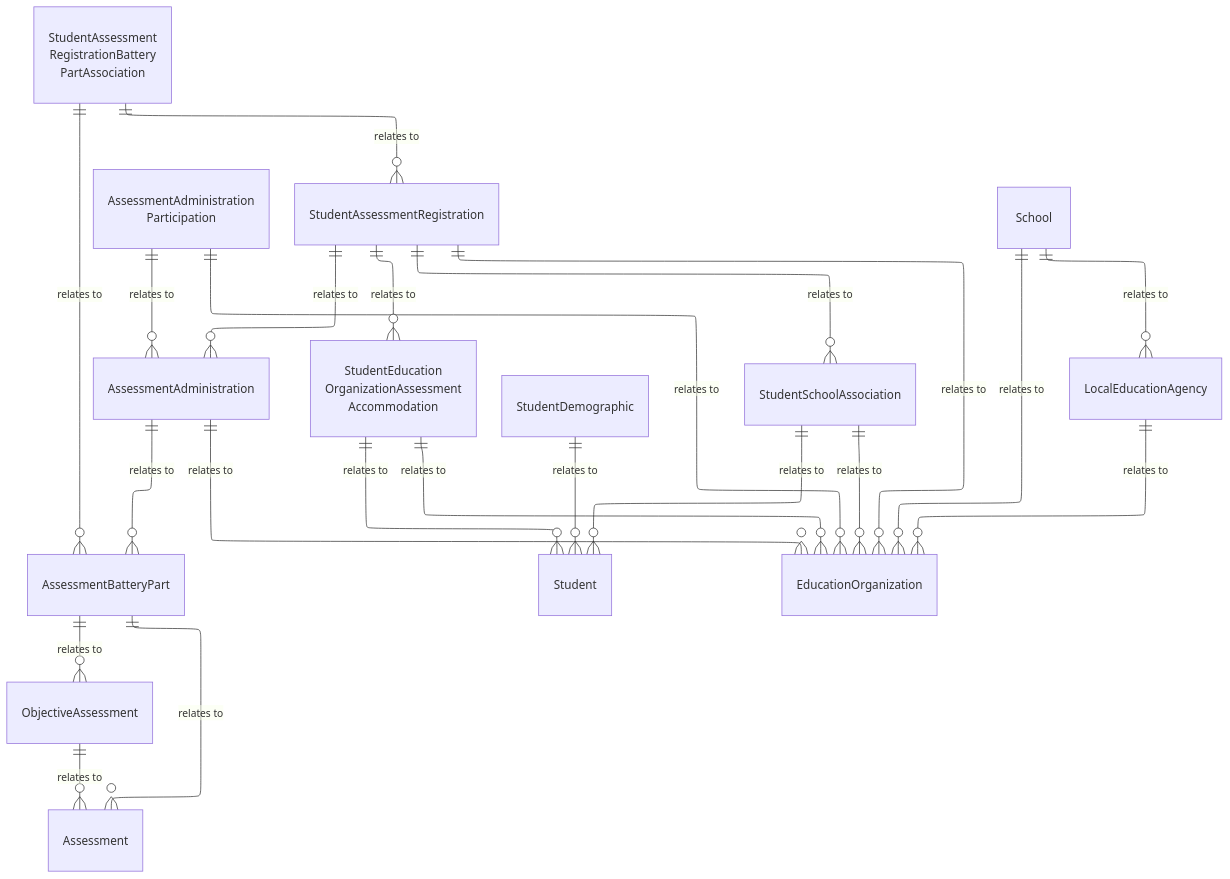
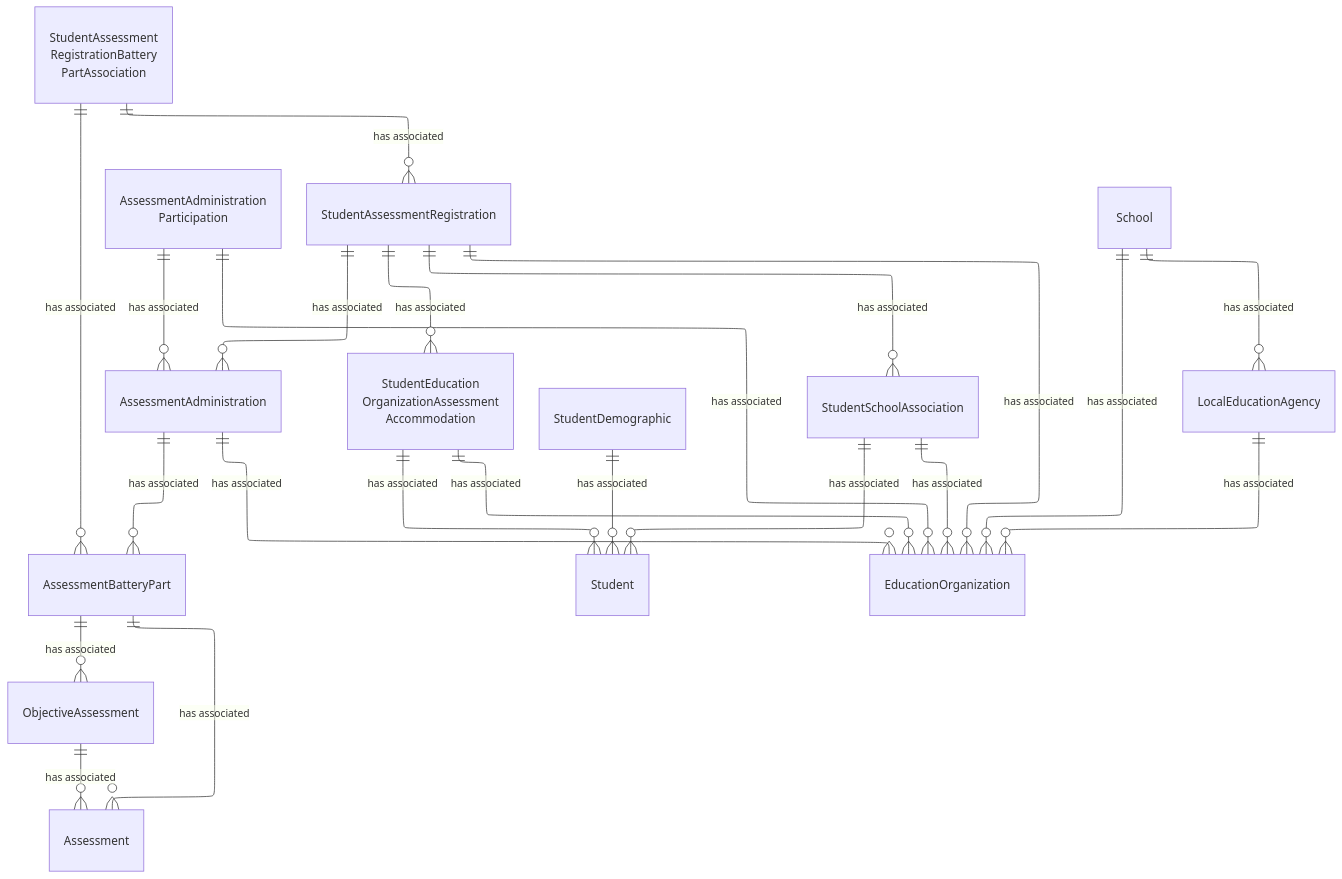
One commit to Ed-Fi-Alliance-OSS/ed-fi-alliance-oss.github.io changed the diagram in dataStandard_versioned_docs/version-6/model-reference/assessment-registration-domain/model-diagrams.md. Above: the diagram before and after it, drawn with Mermaid. The commit also changed 24 other files, not shown here.

````diff
--- a/dataStandard_versioned_docs/version-6/model-reference/assessment-registration-domain/model-diagrams.md
+++ b/dataStandard_versioned_docs/version-6/model-reference/assessment-registration-domain/model-diagrams.md
@@ -11,56 +11,56 @@
 ```mermaid
 ---
 config:
   layout: elk
 ---
 erDiagram
     Assessment {
     }
     AssessmentAdministration {
     }
     AssessmentAdministrationParticipation["AssessmentAdministration<br/>Participation"] {
     }
     AssessmentBatteryPart {
     }
     ObjectiveAssessment {
     }
     StudentAssessmentRegistration {
     }
     StudentAssessmentRegistrationBatteryPartAssociation["StudentAssessment<br/>RegistrationBattery<br/>PartAssociation"] {
     }
     StudentEducationOrganizationAssessmentAccommodation["StudentEducation<br/>OrganizationAssessment<br/>Accommodation"] {
     }
     Student {
     }
     StudentDemographic {
     }
     StudentSchoolAssociation {
     }
     EducationOrganization {
     }
     LocalEducationAgency {
     }
     School {
     }
-    School ||--o{ EducationOrganization : "relates to"
-    School ||--o{ LocalEducationAgency : "relates to"
-    LocalEducationAgency ||--o{ EducationOrganization : "relates to"
-    AssessmentBatteryPart ||--o{ Assessment : "relates to"
-    AssessmentBatteryPart ||--o{ ObjectiveAssessment : "relates to"
-    ObjectiveAssessment ||--o{ Assessment : "relates to"
-    AssessmentAdministration ||--o{ AssessmentBatteryPart : "relates to"
-    AssessmentAdministration ||--o{ EducationOrganization : "relates to"
-    AssessmentAdministrationParticipation ||--o{ AssessmentAdministration : "relates to"
-    AssessmentAdministrationParticipation ||--o{ EducationOrganization : "relates to"
-    StudentAssessmentRegistration ||--o{ AssessmentAdministration : "relates to"
-    StudentAssessmentRegistration ||--o{ StudentSchoolAssociation : "relates to"
-    StudentAssessmentRegistration ||--o{ EducationOrganization : "relates to"
-    StudentAssessmentRegistration ||--o{ StudentEducationOrganizationAssessmentAccommodation : "relates to"
-    StudentAssessmentRegistrationBatteryPartAssociation ||--o{ StudentAssessmentRegistration : "relates to"
-    StudentAssessmentRegistrationBatteryPartAssociation ||--o{ AssessmentBatteryPart : "relates to"
-    StudentEducationOrganizationAssessmentAccommodation ||--o{ Student : "relates to"
-    StudentEducationOrganizationAssessmentAccommodation ||--o{ EducationOrganization : "relates to"
-    StudentSchoolAssociation ||--o{ Student : "relates to"
-    StudentSchoolAssociation ||--o{ EducationOrganization : "relates to"
-    StudentDemographic ||--o{ Student : "relates to"
+    School ||--o{ EducationOrganization : "has associated"
+    School ||--o{ LocalEducationAgency : "has associated"
+    LocalEducationAgency ||--o{ EducationOrganization : "has associated"
+    AssessmentBatteryPart ||--o{ Assessment : "has associated"
+    AssessmentBatteryPart ||--o{ ObjectiveAssessment : "has associated"
+    ObjectiveAssessment ||--o{ Assessment : "has associated"
+    AssessmentAdministration ||--o{ AssessmentBatteryPart : "has associated"
+    AssessmentAdministration ||--o{ EducationOrganization : "has associated"
+    AssessmentAdministrationParticipation ||--o{ AssessmentAdministration : "has associated"
+    AssessmentAdministrationParticipation ||--o{ EducationOrganization : "has associated"
+    StudentAssessmentRegistration ||--o{ AssessmentAdministration : "has associated"
+    StudentAssessmentRegistration ||--o{ StudentSchoolAssociation : "has associated"
+    StudentAssessmentRegistration ||--o{ EducationOrganization : "has associated"
+    StudentAssessmentRegistration ||--o{ StudentEducationOrganizationAssessmentAccommodation : "has associated"
+    StudentAssessmentRegistrationBatteryPartAssociation ||--o{ StudentAssessmentRegistration : "has associated"
+    StudentAssessmentRegistrationBatteryPartAssociation ||--o{ AssessmentBatteryPart : "has associated"
+    StudentEducationOrganizationAssessmentAccommodation ||--o{ Student : "has associated"
+    StudentEducationOrganizationAssessmentAccommodation ||--o{ EducationOrganization : "has associated"
+    StudentSchoolAssociation ||--o{ Student : "has associated"
+    StudentSchoolAssociation ||--o{ EducationOrganization : "has associated"
+    StudentDemographic ||--o{ Student : "has associated"
 ```
````
